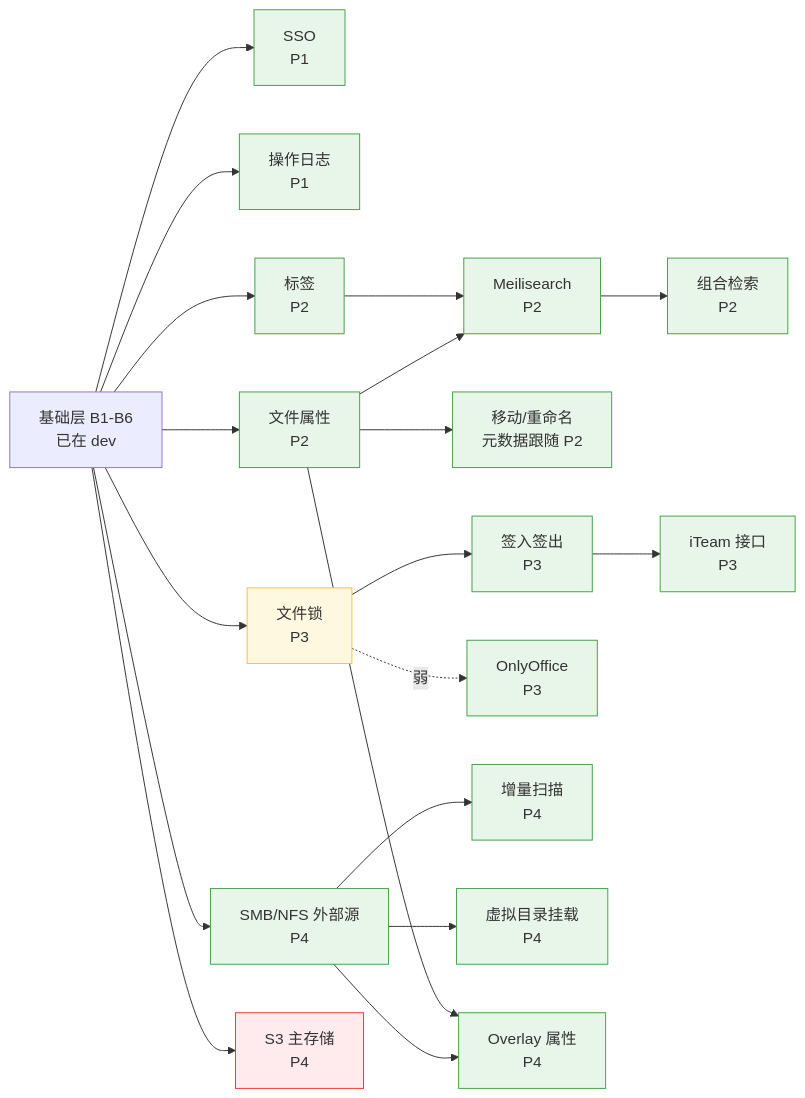
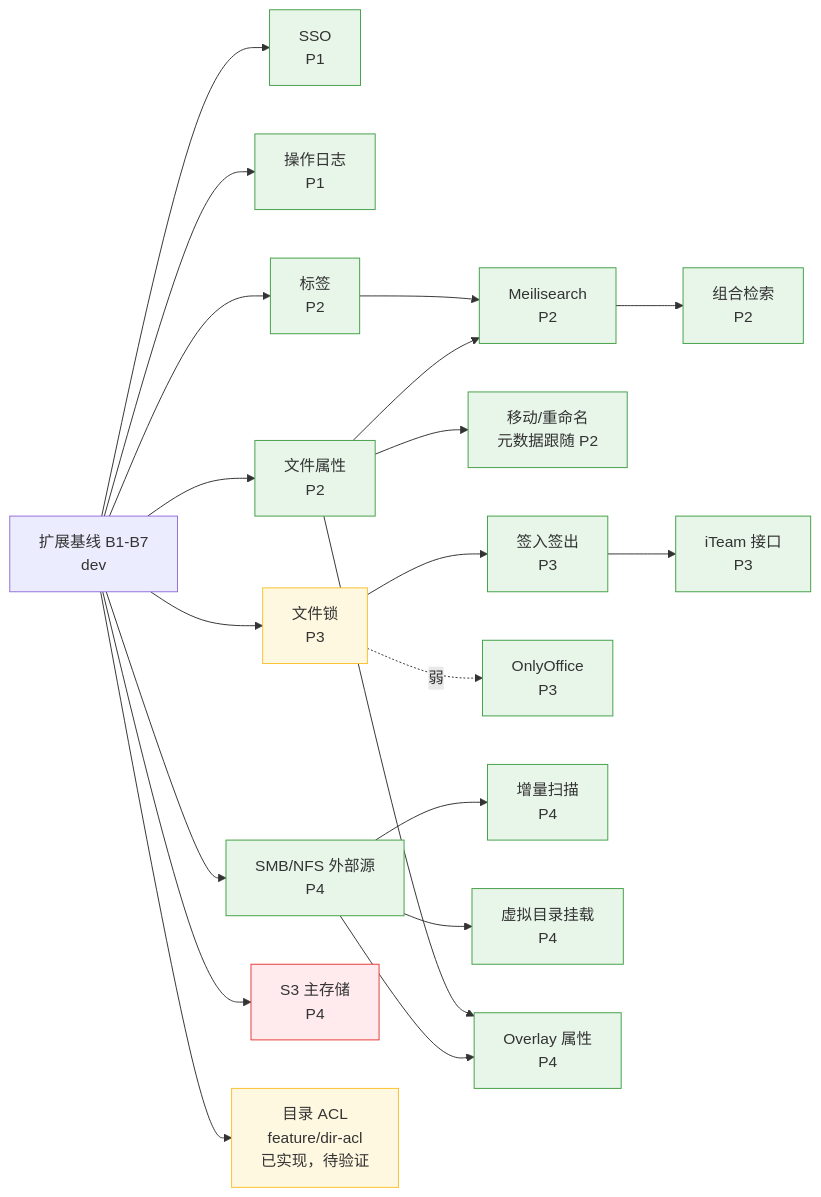
The diagram in docs/BRANCHES.md (eaopen/cloudfile-docker), drawn with Mermaid before and after one commit. The commit also changed other lines of this file and 13 other files, not shown here.

````diff
--- a/docs/BRANCHES.md
+++ b/docs/BRANCHES.md
@@ -54,33 +81,34 @@
 ```mermaid
 graph LR
-  B["基础层 B1-B6<br/>已在 dev"]
+  B["扩展基线 B1-B7<br/>dev"]
 
   B --> SSO["SSO<br/>P1"]
   B --> AUDIT["操作日志<br/>P1"]
   B --> ATTR["文件属性<br/>P2"]
   B --> TAG["标签<br/>P2"]
   B --> LOCK["文件锁<br/>P3"]
   B --> EXT["SMB/NFS 外部源<br/>P4"]
   B --> S3["S3 主存储<br/>P4"]
+  B --> ACL["目录 ACL<br/>feature/dir-acl<br/>已实现，待验证"]
 
   ATTR --> MEILI["Meilisearch<br/>P2"]
   TAG --> MEILI
   MEILI --> SEARCH["组合检索<br/>P2"]
   ATTR --> MVMETA["移动/重命名<br/>元数据跟随 P2"]
 
   LOCK --> CHECKOUT["签入签出<br/>P3"]
   LOCK -.弱.-> OFFICE["OnlyOffice<br/>P3"]
   CHECKOUT --> ITEAM["iTeam 接口<br/>P3"]
 
   EXT --> SCAN["增量扫描<br/>P4"]
   EXT --> VDIR["虚拟目录挂载<br/>P4"]
   EXT --> OVERLAY["Overlay 属性<br/>P4"]
   ATTR --> OVERLAY
 
   classDef free fill:#e8f5e9,stroke:#43a047
   classDef cheap fill:#fff8e1,stroke:#fbc02d
   classDef costly fill:#ffebee,stroke:#e53935
   class SSO,AUDIT,ATTR,TAG,MEILI,SEARCH,MVMETA,OFFICE,CHECKOUT,ITEAM,EXT,SCAN,VDIR,OVERLAY free
-  class LOCK cheap
+  class ACL,LOCK cheap
   class S3 costly
 ```
````
